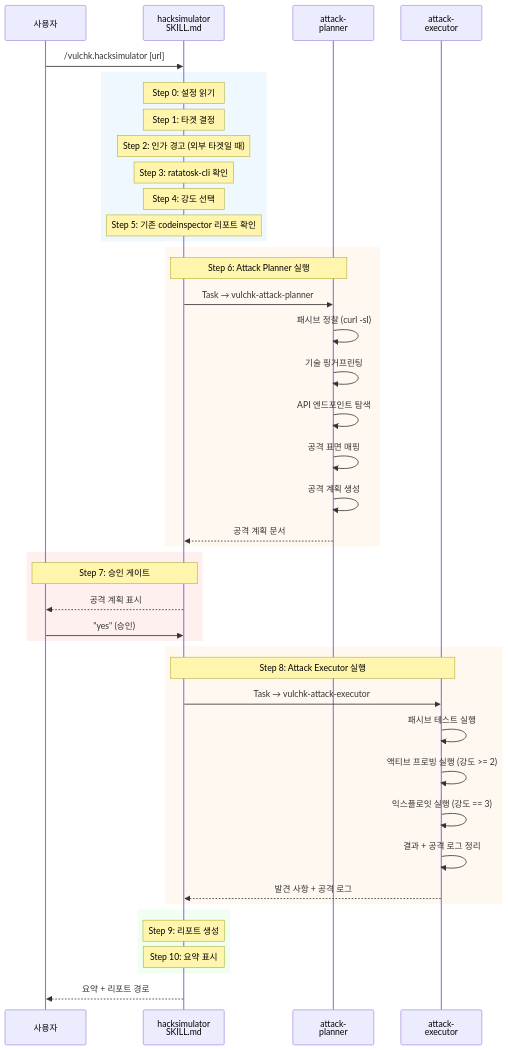
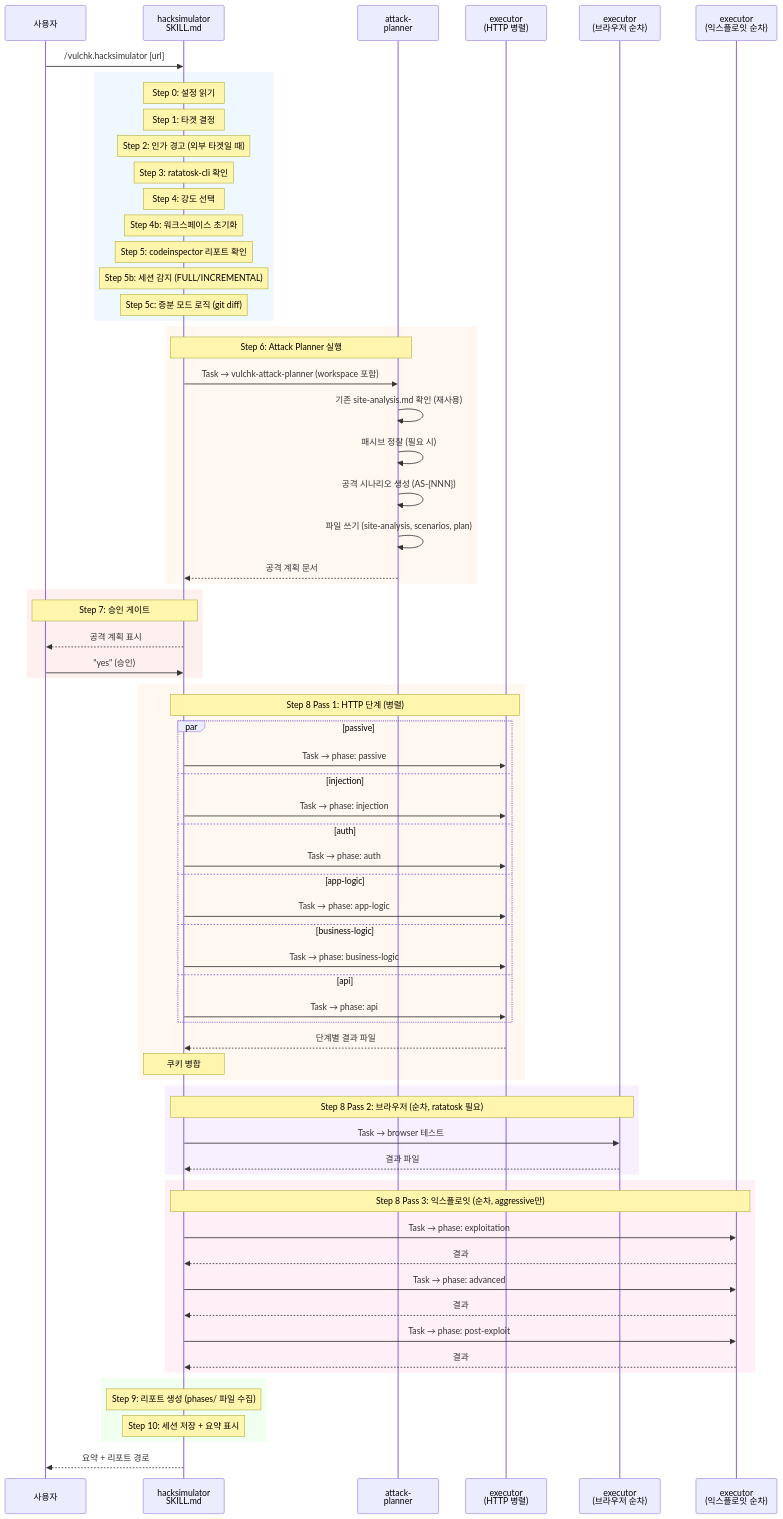
The first of 10 diagrams in design/hacksimulator.md (letsur-dev/vulcheck), drawn with Mermaid before and after one commit. The commit also changed other lines of this file and 4 other files, not shown here.

First line of the commit message:
feat: hacksimulator 워크스페이스 영속화 및 Two-Pass 실행 모델 도입

````diff
--- a/design/hacksimulator.md
+++ b/design/hacksimulator.md
@@ -26,52 +72,81 @@
 ```mermaid
 sequenceDiagram
     participant 사용자
     participant Skill as hacksimulator<br>SKILL.md
     participant Planner as attack-<br>planner
-    participant Executor as attack-<br>executor
+    participant ExHTTP as executor<br>(HTTP 병렬)
+    participant ExBrowser as executor<br>(브라우저 순차)
+    participant ExExploit as executor<br>(익스플로잇 순차)
 
     사용자->>Skill: /vulchk.hacksimulator [url]
 
     rect rgb(240, 248, 255)
         Note over Skill: Step 0: 설정 읽기
         Note over Skill: Step 1: 타겟 결정
         Note over Skill: Step 2: 인가 경고 (외부 타겟일 때)
         Note over Skill: Step 3: ratatosk-cli 확인
         Note over Skill: Step 4: 강도 선택
-        Note over Skill: Step 5: 기존 codeinspector 리포트 확인
+        Note over Skill: Step 4b: 워크스페이스 초기화
+        Note over Skill: Step 5: codeinspector 리포트 확인
+        Note over Skill: Step 5b: 세션 감지 (FULL/INCREMENTAL)
+        Note over Skill: Step 5c: 증분 모드 로직 (git diff)
     end
 
     rect rgb(255, 248, 240)
         Note over Skill,Planner: Step 6: Attack Planner 실행
-        Skill->>Planner: Task → vulchk-attack-planner
-        Planner->>Planner: 패시브 정찰 (curl -sI)
-        Planner->>Planner: 기술 핑거프린팅
-        Planner->>Planner: API 엔드포인트 탐색
-        Planner->>Planner: 공격 표면 매핑
-        Planner->>Planner: 공격 계획 생성
+        Skill->>Planner: Task → vulchk-attack-planner (workspace 포함)
+        Planner->>Planner: 기존 site-analysis.md 확인 (재사용)
+        Planner->>Planner: 패시브 정찰 (필요 시)
+        Planner->>Planner: 공격 시나리오 생성 (AS-{NNN})
+        Planner->>Planner: 파일 쓰기 (site-analysis, scenarios, plan)
         Planner-->>Skill: 공격 계획 문서
     end
 
     rect rgb(255, 240, 240)
         Note over Skill,사용자: Step 7: 승인 게이트
         Skill-->>사용자: 공격 계획 표시
         사용자->>Skill: "yes" (승인)
     end
 
     rect rgb(255, 248, 240)
-        Note over Skill,Executor: Step 8: Attack Executor 실행
-        Skill->>Executor: Task → vulchk-attack-executor
-        Executor->>Executor: 패시브 테스트 실행
-        Executor->>Executor: 액티브 프로빙 실행 (강도 >= 2)
-        Executor->>Executor: 익스플로잇 실행 (강도 == 3)
-        Executor->>Executor: 결과 + 공격 로그 정리
-        Executor-->>Skill: 발견 사항 + 공격 로그
+        Note over Skill,ExHTTP: Step 8 Pass 1: HTTP 단계 (병렬)
+        par passive
+            Skill->>ExHTTP: Task → phase: passive
+        and injection
+            Skill->>ExHTTP: Task → phase: injection
+        and auth
+            Skill->>ExHTTP: Task → phase: auth
+        and app-logic
+            Skill->>ExHTTP: Task → phase: app-logic
+        and business-logic
+            Skill->>ExHTTP: Task → phase: business-logic
+        and api
+            Skill->>ExHTTP: Task → phase: api
+        end
+        ExHTTP-->>Skill: 단계별 결과 파일
+        Note over Skill: 쿠키 병합
+    end
+
+    rect rgb(248, 240, 255)
+        Note over Skill,ExBrowser: Step 8 Pass 2: 브라우저 (순차, ratatosk 필요)
+        Skill->>ExBrowser: Task → browser 테스트
+        ExBrowser-->>Skill: 결과 파일
+    end
+
+    rect rgb(255, 240, 248)
+        Note over Skill,ExExploit: Step 8 Pass 3: 익스플로잇 (순차, aggressive만)
+        Skill->>ExExploit: Task → phase: exploitation
+        ExExploit-->>Skill: 결과
+        Skill->>ExExploit: Task → phase: advanced
+        ExExploit-->>Skill: 결과
+        Skill->>ExExploit: Task → phase: post-exploit
+        ExExploit-->>Skill: 결과
     end
 
     rect rgb(240, 255, 240)
-        Note over Skill: Step 9: 리포트 생성
-        Note over Skill: Step 10: 요약 표시
+        Note over Skill: Step 9: 리포트 생성 (phases/ 파일 수집)
+        Note over Skill: Step 10: 세션 저장 + 요약 표시
     end
 
     Skill-->>사용자: 요약 + 리포트 경로
 ```
````
